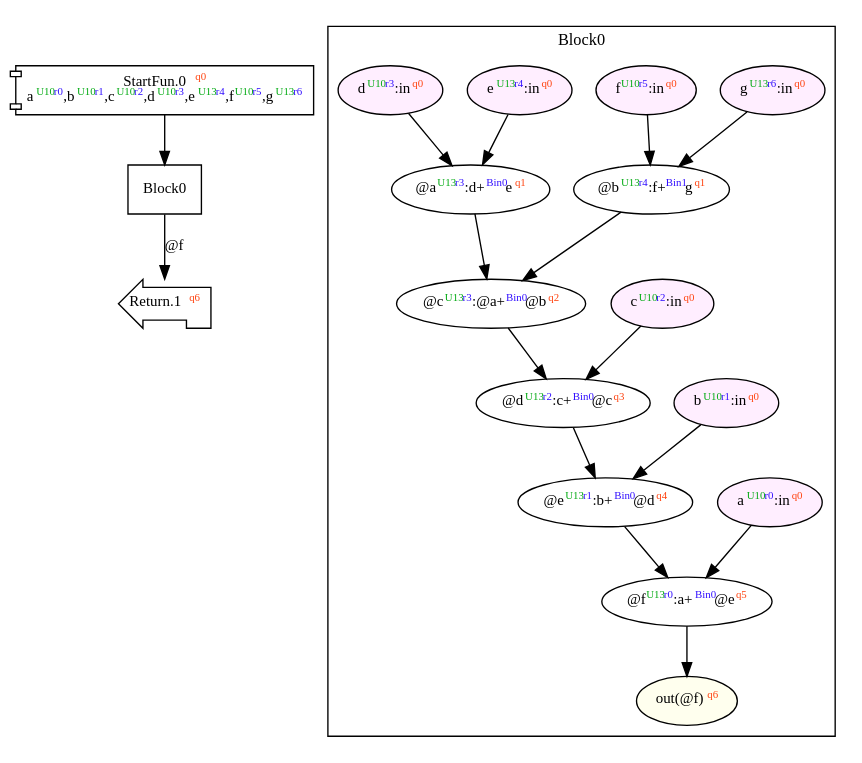
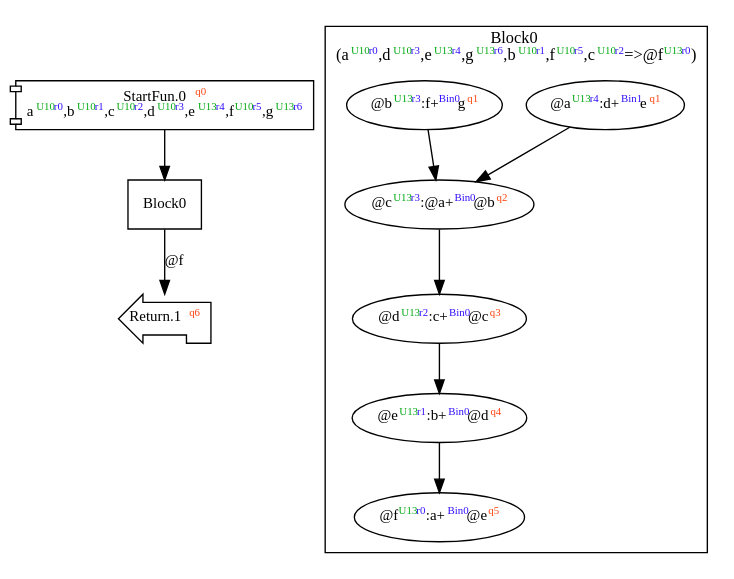
Before and after one commit to akouryy/SyntheScala: the diagram in dist/add7.dot, drawn with Graphviz. The commit also changed 32 other files, not shown here.

```diff
--- a/dist/add7.dot
+++ b/dist/add7.dot
@@ -1,41 +1,25 @@
 digraph Program_ {
   graph [fontname = "Monaco", fontsize = 12, ranksep = 0.5];
   node [shape = box, fontname = "Monaco", fontsize = 11; colorscheme = pastel19];
   edge [fontname = "Monaco", fontsize = 11; colorscheme = pastel19];
   Jump0[label = <StartFun.0<font color="#ff4411" point-size="8"><sup>q0</sup></font><br/>a<font color="#00aa11" point-size="8"><sup>U10</sup></font><font color="#3311ff" point-size="8"><sup>r0</sup></font>,b<font color="#00aa11" point-size="8"><sup>U10</sup></font><font color="#3311ff" point-size="8"><sup>r1</sup></font>,c<font color="#00aa11" point-size="8"><sup>U10</sup></font><font color="#3311ff" point-size="8"><sup>r2</sup></font>,d<font color="#00aa11" point-size="8"><sup>U10</sup></font><font color="#3311ff" point-size="8"><sup>r3</sup></font>,e<font color="#00aa11" point-size="8"><sup>U13</sup></font><font color="#3311ff" point-size="8"><sup>r4</sup></font>,f<font color="#00aa11" point-size="8"><sup>U10</sup></font><font color="#3311ff" point-size="8"><sup>r5</sup></font>,g<font color="#00aa11" point-size="8"><sup>U13</sup></font><font color="#3311ff" point-size="8"><sup>r6</sup></font>>; shape = component];
   Jump0 -> Block0;
   Jump1[label = <Return.1<font color="#ff4411" point-size="8"><sup>q6</sup></font>>; shape = lpromoter];
   Block0 -> Jump1 [label="@f"];
   Block0 [label = "Block0"];
   subgraph cluster_dfg_Block0 {
     node [shape = oval];
-    label = "Block0";
-    0 [label=<@a<font color="#00aa11" point-size="8"><sup>U13</sup></font><font color="#3311ff" point-size="8"><sup>r3</sup></font>:d+<font color="#3311ff" point-size="8"><sup>Bin0</sup></font>e<font color="#ff4411" point-size="8"><sup>q1</sup></font>>; ];
-    5 [label=<@f<font color="#00aa11" point-size="8"><sup>U13</sup></font><font color="#3311ff" point-size="8"><sup>r0</sup></font>:a+<font color="#3311ff" point-size="8"><sup>Bin0</sup></font>@e<font color="#ff4411" point-size="8"><sup>q5</sup></font>>; ];
-    10 [label=<b<font color="#00aa11" point-size="8"><sup>U10</sup></font><font color="#3311ff" point-size="8"><sup>r1</sup></font>:in<font color="#ff4411" point-size="8"><sup>q0</sup></font>>; style="filled"; fillcolor="#ffeeff";];
-    1 [label=<@b<font color="#00aa11" point-size="8"><sup>U13</sup></font><font color="#3311ff" point-size="8"><sup>r4</sup></font>:f+<font color="#3311ff" point-size="8"><sup>Bin1</sup></font>g<font color="#ff4411" point-size="8"><sup>q1</sup></font>>; ];
-    6 [label=<a<font color="#00aa11" point-size="8"><sup>U10</sup></font><font color="#3311ff" point-size="8"><sup>r0</sup></font>:in<font color="#ff4411" point-size="8"><sup>q0</sup></font>>; style="filled"; fillcolor="#ffeeff";];
-    9 [label=<g<font color="#00aa11" point-size="8"><sup>U13</sup></font><font color="#3311ff" point-size="8"><sup>r6</sup></font>:in<font color="#ff4411" point-size="8"><sup>q0</sup></font>>; style="filled"; fillcolor="#ffeeff";];
-    13 [label=<out(@f)<font color="#ff4411" point-size="8"><sup>q6</sup></font>>; style="filled"; fillcolor="#ffffee";];
-    2 [label=<@c<font color="#00aa11" point-size="8"><sup>U13</sup></font><font color="#3311ff" point-size="8"><sup>r3</sup></font>:@a+<font color="#3311ff" point-size="8"><sup>Bin0</sup></font>@b<font color="#ff4411" point-size="8"><sup>q2</sup></font>>; ];
-    12 [label=<c<font color="#00aa11" point-size="8"><sup>U10</sup></font><font color="#3311ff" point-size="8"><sup>r2</sup></font>:in<font color="#ff4411" point-size="8"><sup>q0</sup></font>>; style="filled"; fillcolor="#ffeeff";];
-    7 [label=<d<font color="#00aa11" point-size="8"><sup>U10</sup></font><font color="#3311ff" point-size="8"><sup>r3</sup></font>:in<font color="#ff4411" point-size="8"><sup>q0</sup></font>>; style="filled"; fillcolor="#ffeeff";];
-    3 [label=<@d<font color="#00aa11" point-size="8"><sup>U13</sup></font><font color="#3311ff" point-size="8"><sup>r2</sup></font>:c+<font color="#3311ff" point-size="8"><sup>Bin0</sup></font>@c<font color="#ff4411" point-size="8"><sup>q3</sup></font>>; ];
-    11 [label=<f<font color="#00aa11" point-size="8"><sup>U10</sup></font><font color="#3311ff" point-size="8"><sup>r5</sup></font>:in<font color="#ff4411" point-size="8"><sup>q0</sup></font>>; style="filled"; fillcolor="#ffeeff";];
-    8 [label=<e<font color="#00aa11" point-size="8"><sup>U13</sup></font><font color="#3311ff" point-size="8"><sup>r4</sup></font>:in<font color="#ff4411" point-size="8"><sup>q0</sup></font>>; style="filled"; fillcolor="#ffeeff";];
-    4 [label=<@e<font color="#00aa11" point-size="8"><sup>U13</sup></font><font color="#3311ff" point-size="8"><sup>r1</sup></font>:b+<font color="#3311ff" point-size="8"><sup>Bin0</sup></font>@d<font color="#ff4411" point-size="8"><sup>q4</sup></font>>; ];
+    label = <Block0<br/>(a<font color="#00aa11" point-size="8"><sup>U10</sup></font><font color="#3311ff" point-size="8"><sup>r0</sup></font>,d<font color="#00aa11" point-size="8"><sup>U10</sup></font><font color="#3311ff" point-size="8"><sup>r3</sup></font>,e<font color="#00aa11" point-size="8"><sup>U13</sup></font><font color="#3311ff" point-size="8"><sup>r4</sup></font>,g<font color="#00aa11" point-size="8"><sup>U13</sup></font><font color="#3311ff" point-size="8"><sup>r6</sup></font>,b<font color="#00aa11" point-size="8"><sup>U10</sup></font><font color="#3311ff" point-size="8"><sup>r1</sup></font>,f<font color="#00aa11" point-size="8"><sup>U10</sup></font><font color="#3311ff" point-size="8"><sup>r5</sup></font>,c<font color="#00aa11" point-size="8"><sup>U10</sup></font><font color="#3311ff" point-size="8"><sup>r2</sup></font>=&gt;@f<font color="#00aa11" point-size="8"><sup>U13</sup></font><font color="#3311ff" point-size="8"><sup>r0</sup></font>)>;
+    0 [label=<@a<font color="#00aa11" point-size="8"><sup>U13</sup></font><font color="#3311ff" point-size="8"><sup>r4</sup></font>:d+<font color="#3311ff" point-size="8"><sup>Bin1</sup></font>e<font color="#ff4411" point-size="8"><sup>q1</sup></font>>];
+    5 [label=<@f<font color="#00aa11" point-size="8"><sup>U13</sup></font><font color="#3311ff" point-size="8"><sup>r0</sup></font>:a+<font color="#3311ff" point-size="8"><sup>Bin0</sup></font>@e<font color="#ff4411" point-size="8"><sup>q5</sup></font>>];
+    1 [label=<@b<font color="#00aa11" point-size="8"><sup>U13</sup></font><font color="#3311ff" point-size="8"><sup>r3</sup></font>:f+<font color="#3311ff" point-size="8"><sup>Bin0</sup></font>g<font color="#ff4411" point-size="8"><sup>q1</sup></font>>];
+    2 [label=<@c<font color="#00aa11" point-size="8"><sup>U13</sup></font><font color="#3311ff" point-size="8"><sup>r3</sup></font>:@a+<font color="#3311ff" point-size="8"><sup>Bin0</sup></font>@b<font color="#ff4411" point-size="8"><sup>q2</sup></font>>];
+    3 [label=<@d<font color="#00aa11" point-size="8"><sup>U13</sup></font><font color="#3311ff" point-size="8"><sup>r2</sup></font>:c+<font color="#3311ff" point-size="8"><sup>Bin0</sup></font>@c<font color="#ff4411" point-size="8"><sup>q3</sup></font>>];
+    4 [label=<@e<font color="#00aa11" point-size="8"><sup>U13</sup></font><font color="#3311ff" point-size="8"><sup>r1</sup></font>:b+<font color="#3311ff" point-size="8"><sup>Bin0</sup></font>@d<font color="#ff4411" point-size="8"><sup>q4</sup></font>>];
     0 -> 2;
     1 -> 2;
     2 -> 3;
     3 -> 4;
     4 -> 5;
-    5 -> 13;
-    6 -> 5;
-    7 -> 0;
-    8 -> 0;
-    9 -> 1;
-    10 -> 4;
-    11 -> 1;
-    12 -> 3;
   }
 }
```
